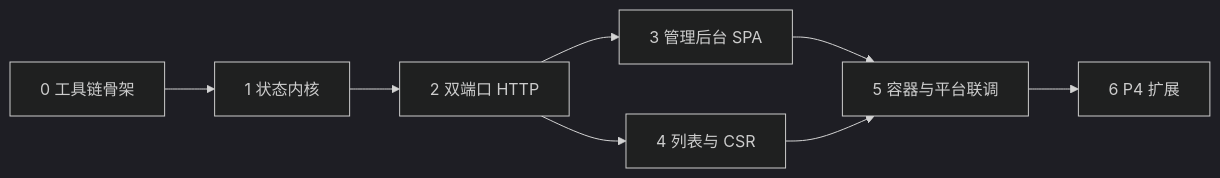
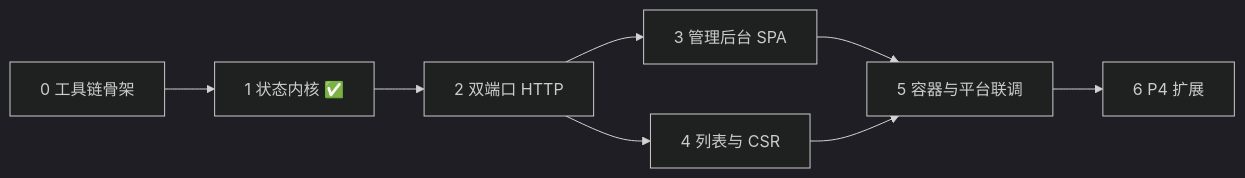
The diagram in plan/README.md (webmonitor/mocksite), drawn with Mermaid (dark theme) before and after one commit. The commit also changed other lines of this file and 14 other files, not shown here.

````diff
--- a/plan/README.md
+++ b/plan/README.md
@@ -11,10 +11,10 @@
 ```mermaid
 graph LR
-  S0[0 工具链骨架] --> S1[1 状态内核]
+  S0[0 工具链骨架] --> S1[1 状态内核 ✅]
   S1 --> S2[2 双端口 HTTP]
   S2 --> S3[3 管理后台 SPA]
   S2 --> S4[4 列表与 CSR]
   S3 --> S5[5 容器与平台联调]
   S4 --> S5
   S5 --> S6[6 P4 扩展]
 ```
````
